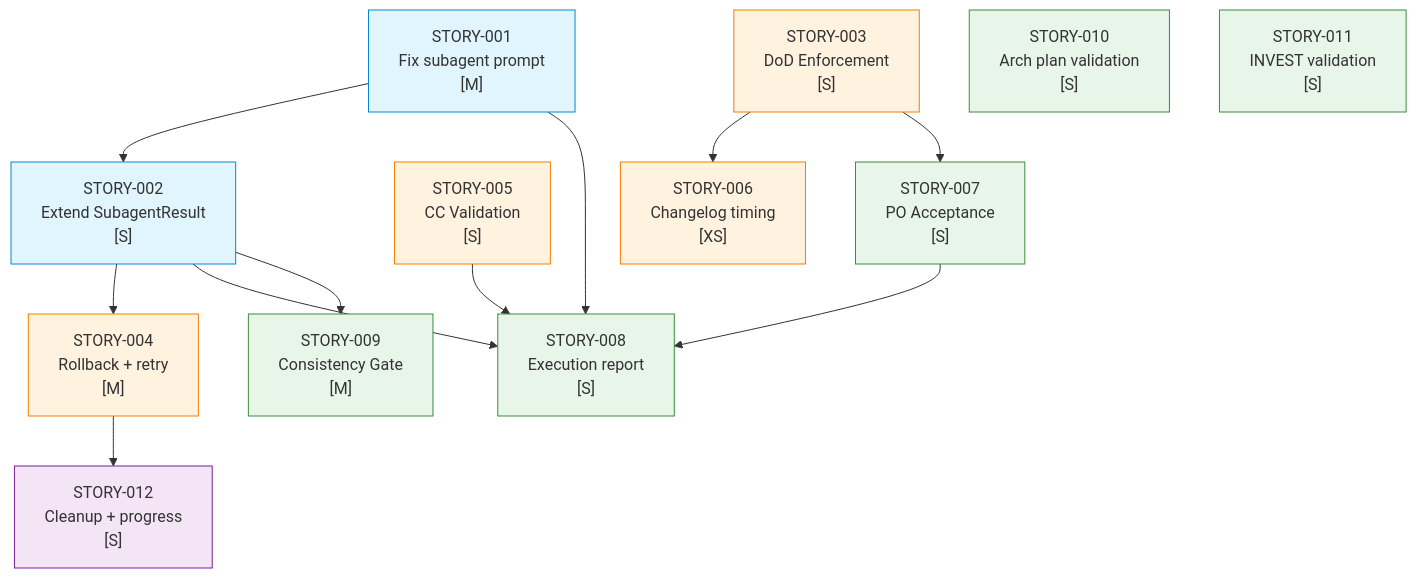
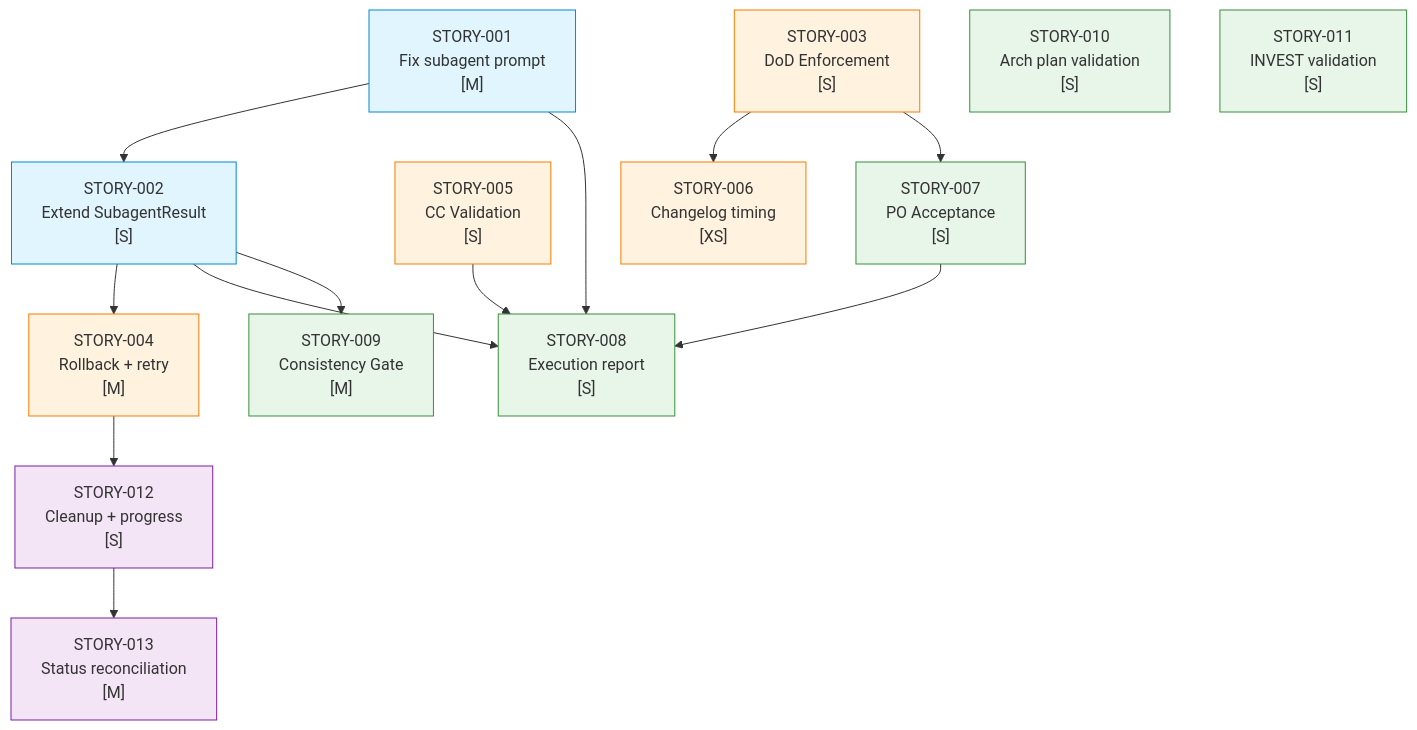
One commit to edercnj/ia-dev-environment changed the diagram in plans/epic-0019-workflow-quality-gates/IMPLEMENTATION-MAP.md. Above: the diagram before and after it, drawn with Mermaid. The commit also changed other lines of this file and 2 other files, not shown here.

First line of the commit message:
docs(epic): add STORY-0019-013 — status reconciliation for completed epics

````diff
--- a/plans/epic-0019-workflow-quality-gates/IMPLEMENTATION-MAP.md
+++ b/plans/epic-0019-workflow-quality-gates/IMPLEMENTATION-MAP.md
@@ -64,31 +68,33 @@
 ```mermaid
 graph TD
     classDef foundation fill:#e1f5fe,stroke:#0288d1
     classDef core fill:#fff3e0,stroke:#f57c00
     classDef integration fill:#e8f5e9,stroke:#388e3c
     classDef composition fill:#f3e5f5,stroke:#7b1fa2
 
     S001["STORY-001<br/>Fix subagent prompt<br/>[M]"]:::foundation
     S002["STORY-002<br/>Extend SubagentResult<br/>[S]"]:::foundation
     S003["STORY-003<br/>DoD Enforcement<br/>[S]"]:::core
     S004["STORY-004<br/>Rollback + retry<br/>[M]"]:::core
     S005["STORY-005<br/>CC Validation<br/>[S]"]:::core
     S006["STORY-006<br/>Changelog timing<br/>[XS]"]:::core
     S007["STORY-007<br/>PO Acceptance<br/>[S]"]:::integration
     S008["STORY-008<br/>Execution report<br/>[S]"]:::integration
     S009["STORY-009<br/>Consistency Gate<br/>[M]"]:::integration
     S010["STORY-010<br/>Arch plan validation<br/>[S]"]:::integration
     S011["STORY-011<br/>INVEST validation<br/>[S]"]:::integration
     S012["STORY-012<br/>Cleanup + progress<br/>[S]"]:::composition
+    S013["STORY-013<br/>Status reconciliation<br/>[M]"]:::composition
 
     S001 --> S002
     S002 --> S004
     S002 --> S008
     S002 --> S009
     S003 --> S006
     S003 --> S007
     S004 --> S012
+    S012 --> S013
     S005 --> S008
     S007 --> S008
     S001 --> S008
 ```
````
